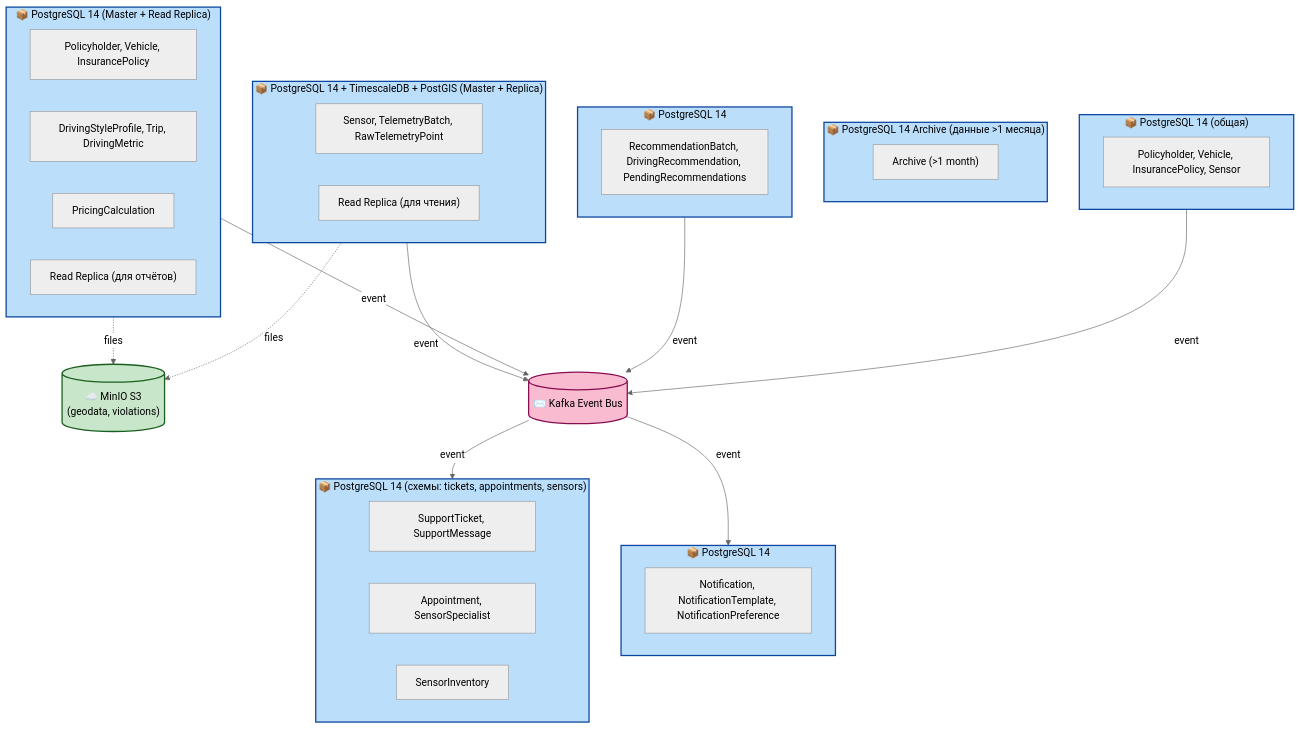
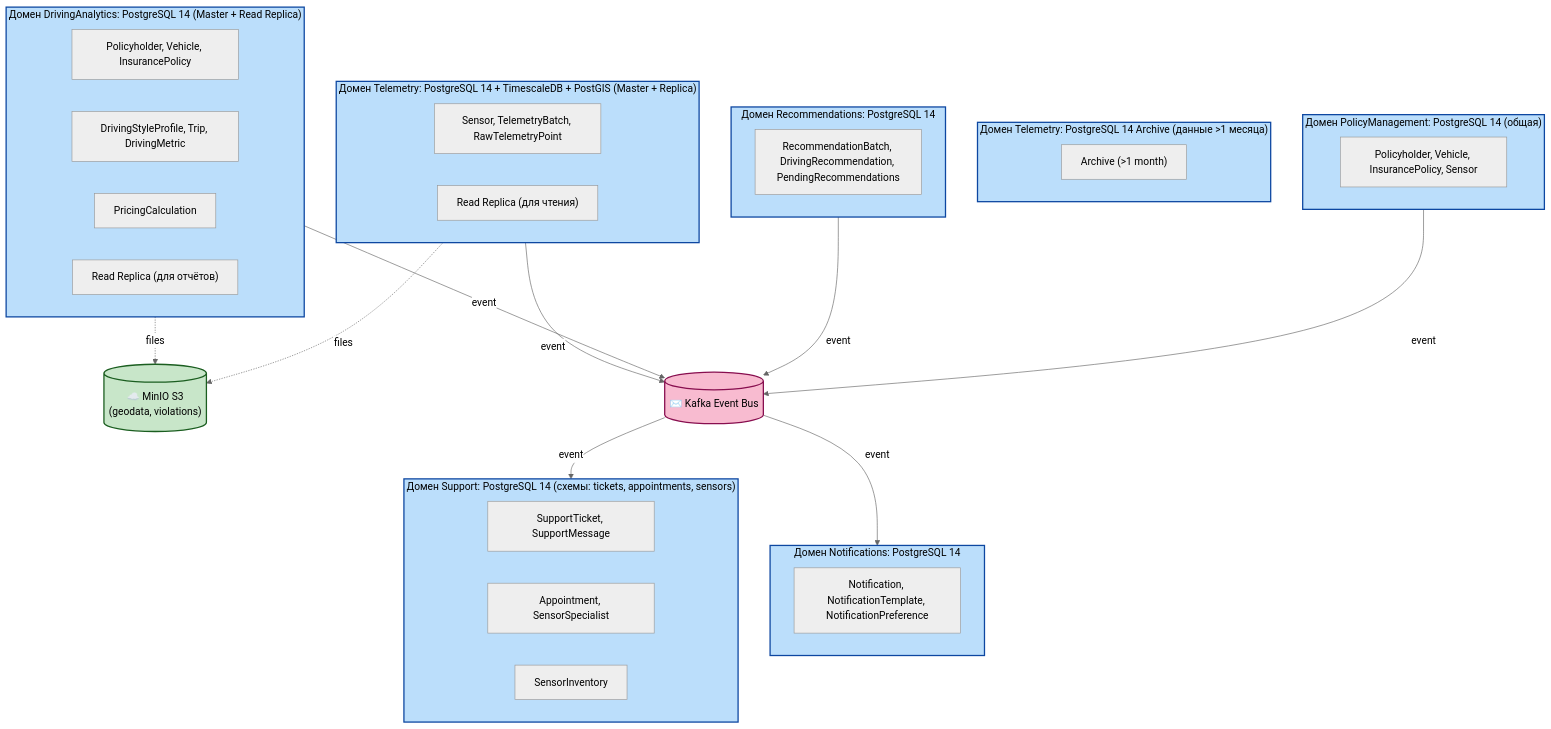
Before and after one commit to deberezyuk/Project_SoftwareArchitectCourse: the fourth of 4 diagrams in README.md, drawn with Mermaid (neutral theme). The commit also changed other lines of this file and 3 other files, not shown here.

````diff
--- a/README.md
+++ b/README.md
@@ -425,69 +425,69 @@
 ```mermaid
 graph TD
     %% Telemetry Domain
-    subgraph Telemetry["📦 PostgreSQL 14 + TimescaleDB + PostGIS (Master + Replica)"]
+    subgraph Telemetry["Домен Telemetry: PostgreSQL 14 + TimescaleDB + PostGIS (Master + Replica)"]
         T1["Sensor, TelemetryBatch, RawTelemetryPoint"]
         T2["Read Replica (для чтения)"]
     end
 
-    subgraph TelemetryArchive["📦 PostgreSQL 14 Archive (данные >1 месяца)"]
+    subgraph TelemetryArchive["Домен Telemetry: PostgreSQL 14 Archive (данные >1 месяца)"]
         Z1["Archive (>1 month)"]
     end
 
     %% DrivingAnalytics Domain
-    subgraph DrivingAnalytics["📦 PostgreSQL 14 (Master + Read Replica)"]
+    subgraph DrivingAnalytics["Домен DrivingAnalytics: PostgreSQL 14 (Master + Read Replica)"]
         D1["Policyholder, Vehicle, InsurancePolicy"]
         D2["DrivingStyleProfile, Trip, DrivingMetric"]
         D3["PricingCalculation"]
         D4["Read Replica (для отчётов)"]
     end
 
     %% PolicyManagement Domain
-    subgraph PolicyMgmt["📦 PostgreSQL 14 (общая)"]
+    subgraph PolicyMgmt["Домен PolicyManagement: PostgreSQL 14 (общая)"]
         P1["Policyholder, Vehicle, InsurancePolicy, Sensor"]
     end
 
-    %% Support Domain (три схемы в одной БД)
-    subgraph Support["📦 PostgreSQL 14 (схемы: tickets, appointments, sensors)"]
+    %% Support Domain
+    subgraph Support["Домен Support: PostgreSQL 14 (схемы: tickets, appointments, sensors)"]
         S1["SupportTicket, SupportMessage"]
         S2["Appointment, SensorSpecialist"]
         S3["SensorInventory"]
     end
 
     %% Notifications
-    subgraph Notifications["📦 PostgreSQL 14"]
+    subgraph Notifications["Домен Notifications: PostgreSQL 14"]
         N1["Notification, NotificationTemplate, NotificationPreference"]
     end
 
     %% Recommendations
-    subgraph Recommendations["📦 PostgreSQL 14"]
+    subgraph Recommendations["Домен Recommendations: PostgreSQL 14"]
         R1["RecommendationBatch, DrivingRecommendation, PendingRecommendations"]
     end
 
     %% MinIO
     MinIO[("☁️ MinIO S3\n(geodata, violations)")]
 
     %% Kafka
     Bus[("✉️ Kafka Event Bus")]
 
     %% Связи
     Telemetry -->|"event"| Bus
     DrivingAnalytics -->|"event"| Bus
     Bus -->|"event"| Support
     Bus -->|"event"| Notifications
     Recommendations -->|"event"| Bus
     DrivingAnalytics -.->|"files"| MinIO
     PolicyMgmt -->|"event"| Bus
     Telemetry -.->|"files"| MinIO
 
     %% Стили
     classDef db fill:#bbdefb,stroke:#0d47a1,stroke-width:2px,color:#000
     classDef replica fill:#fff9c4,stroke:#f57f17,stroke-width:2px,color:#000
     classDef archive fill:#e0e0e0,stroke:#424242,stroke-width:2px,color:#000
     classDef bus fill:#f8bbd0,stroke:#880e4f,stroke-width:2px,color:#000
     classDef minio fill:#c8e6c9,stroke:#1b5e20,stroke-width:2px,color:#000
 
     class Telemetry,TelemetryArchive,DrivingAnalytics,PolicyMgmt,Support,Notifications,Recommendations db
     class MinIO minio
     class Bus bus
 ```
````
